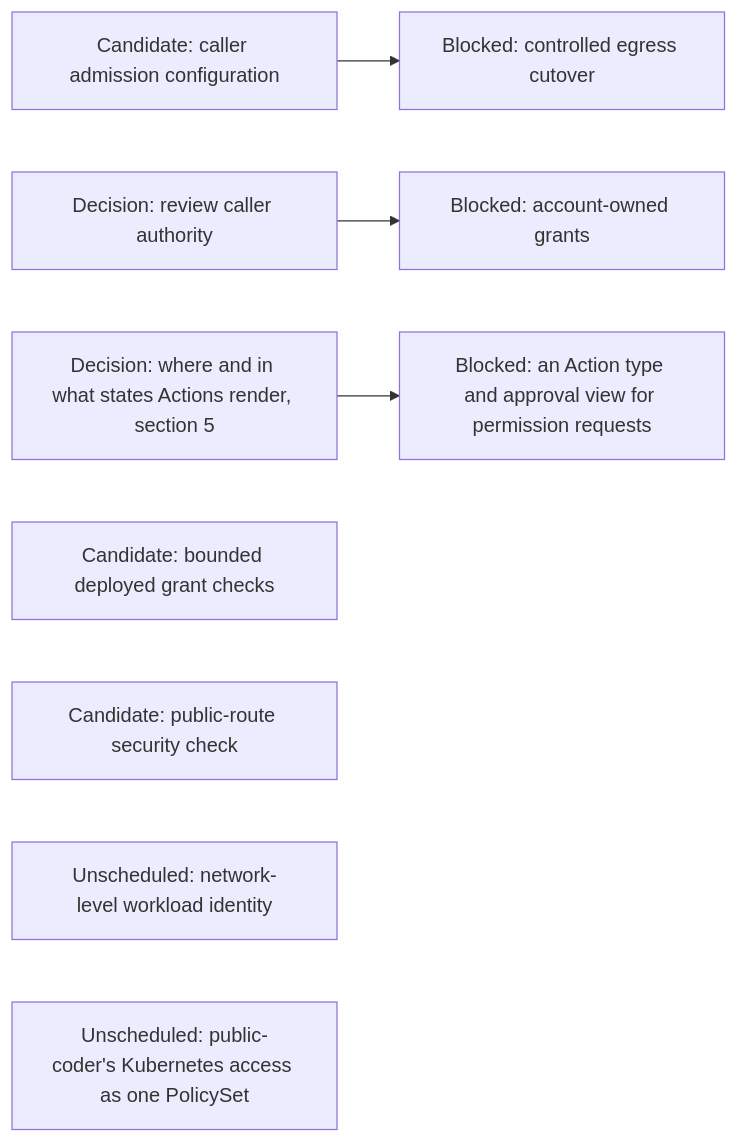
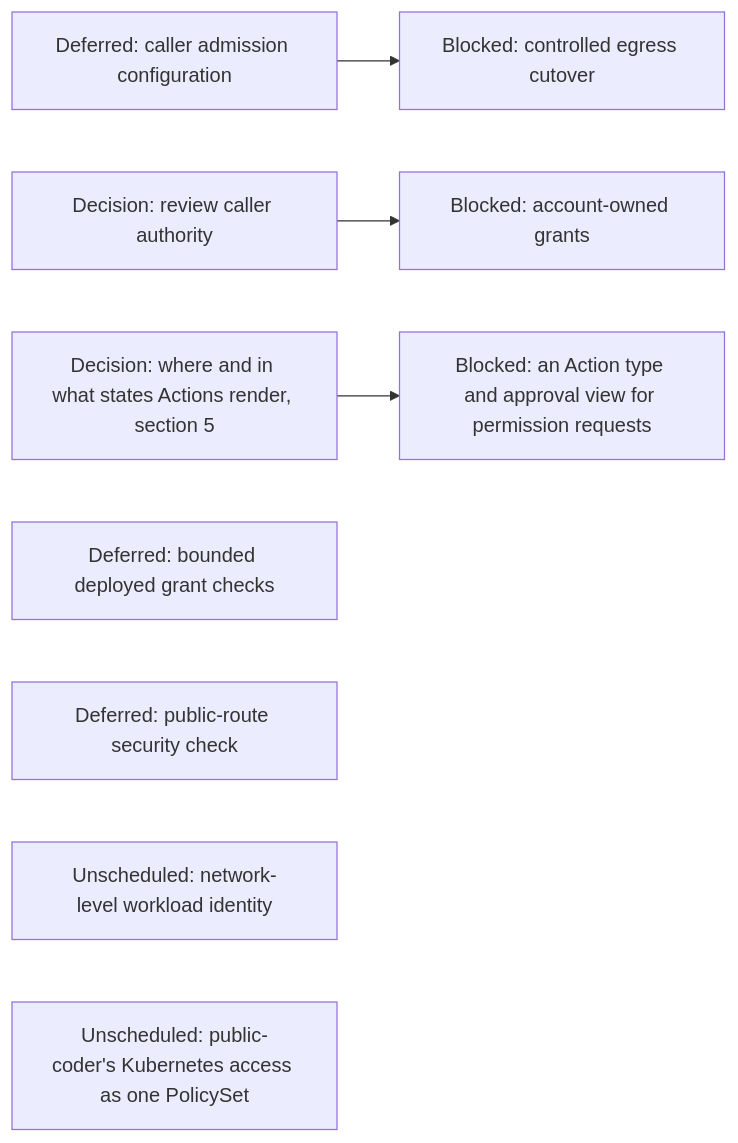
One commit to agentydragon/ducktape changed the ninth of 15 diagrams in agentplane/plans/task_dag.md. Above: the diagram before and after it, drawn with Mermaid. The commit also changed other lines of this file, not shown here.

````diff
--- a/agentplane/plans/task_dag.md
+++ b/agentplane/plans/task_dag.md
@@ -591,12 +560,12 @@
 ```mermaid
 flowchart LR
-    PC_EGRESS_CREDENTIALS[Candidate: caller admission configuration] --> PC_EGRESS[Blocked: controlled egress cutover]
+    PC_EGRESS_CREDENTIALS[Deferred: caller admission configuration] --> PC_EGRESS[Blocked: controlled egress cutover]
     CLAUDE_AI_SA[Decision: review caller authority] --> MANAGED_SA_RBAC[Blocked: account-owned grants]
     AGENT_PERMISSION_REQUESTS[Blocked: an Action type and approval view for permission requests]
     ACTION_SURFACES_DESIGN[Decision: where and in what states Actions render, section 5]
     ACTION_SURFACES_DESIGN --> AGENT_PERMISSION_REQUESTS
-    SANDBOX_RBAC[Candidate: bounded deployed grant checks]
-    NOTIFICATION_INGRESS_BOUNDARY[Candidate: public-route security check]
+    SANDBOX_RBAC[Deferred: bounded deployed grant checks]
+    NOTIFICATION_INGRESS_BOUNDARY[Deferred: public-route security check]
     NETWORK_WORKLOAD_IDENTITY[Unscheduled: network-level workload identity]
     PC_KUBERNETES_POLICY_SET[Unscheduled: public-coder's Kubernetes access as one PolicySet]
 ```
````
